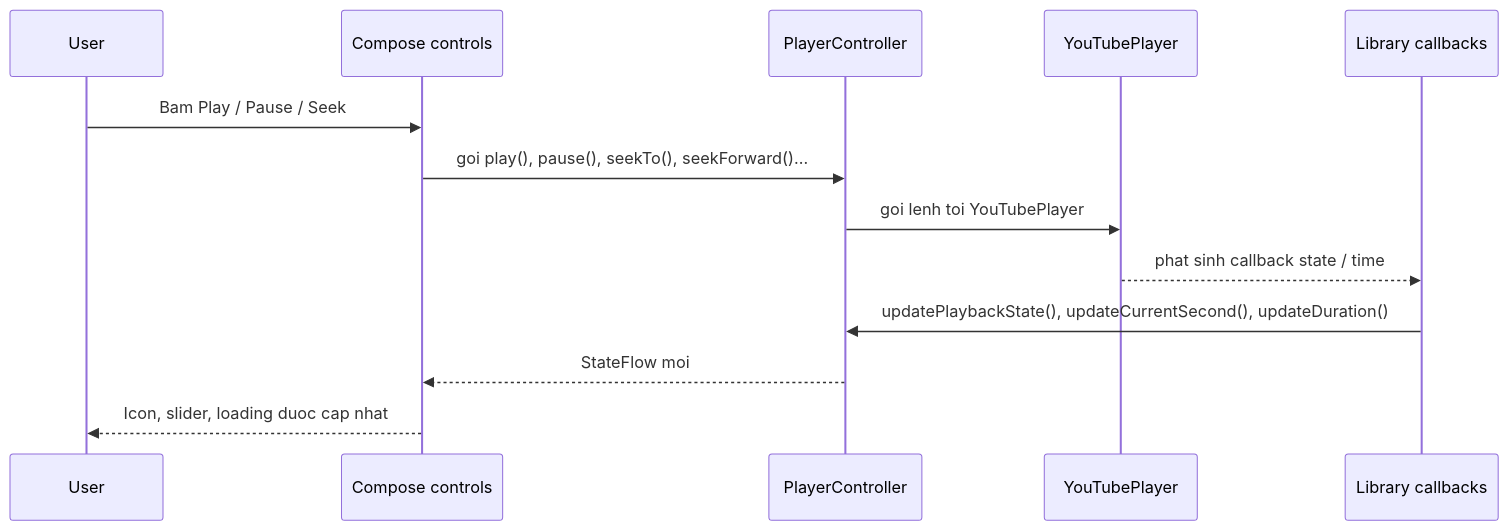
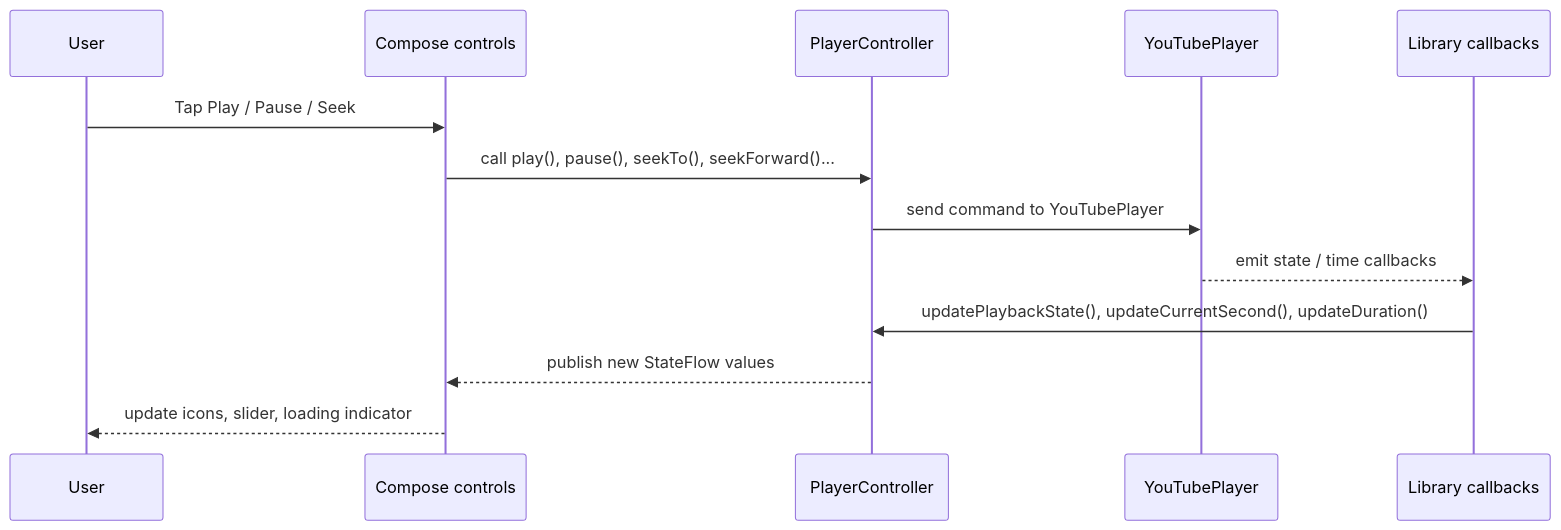
Before and after one commit to dabi61/YoutubeCompose: the third of 5 diagrams in docs/youtube-player-architecture.vi.md, drawn with Mermaid. The commit also changed other lines of this file and 1 other file, not shown here.

````diff
--- a/docs/youtube-player-architecture.vi.md
+++ b/docs/youtube-player-architecture.vi.md
@@ -147,16 +153,16 @@
 ```mermaid
 sequenceDiagram
     participant U as User
     participant UI as Compose controls
     participant C as PlayerController
     participant P as YouTubePlayer
     participant CB as Library callbacks
 
-    U->>UI: Bam Play / Pause / Seek
-    UI->>C: goi play(), pause(), seekTo(), seekForward()...
-    C->>P: goi lenh toi YouTubePlayer
-    P-->>CB: phat sinh callback state / time
+    U->>UI: Tap Play / Pause / Seek
+    UI->>C: call play(), pause(), seekTo(), seekForward()...
+    C->>P: send command to YouTubePlayer
+    P-->>CB: emit state / time callbacks
     CB->>C: updatePlaybackState(), updateCurrentSecond(), updateDuration()
-    C-->>UI: StateFlow moi
-    UI-->>U: Icon, slider, loading duoc cap nhat
+    C-->>UI: publish new StateFlow values
+    UI-->>U: update icons, slider, loading indicator
 ```
````
